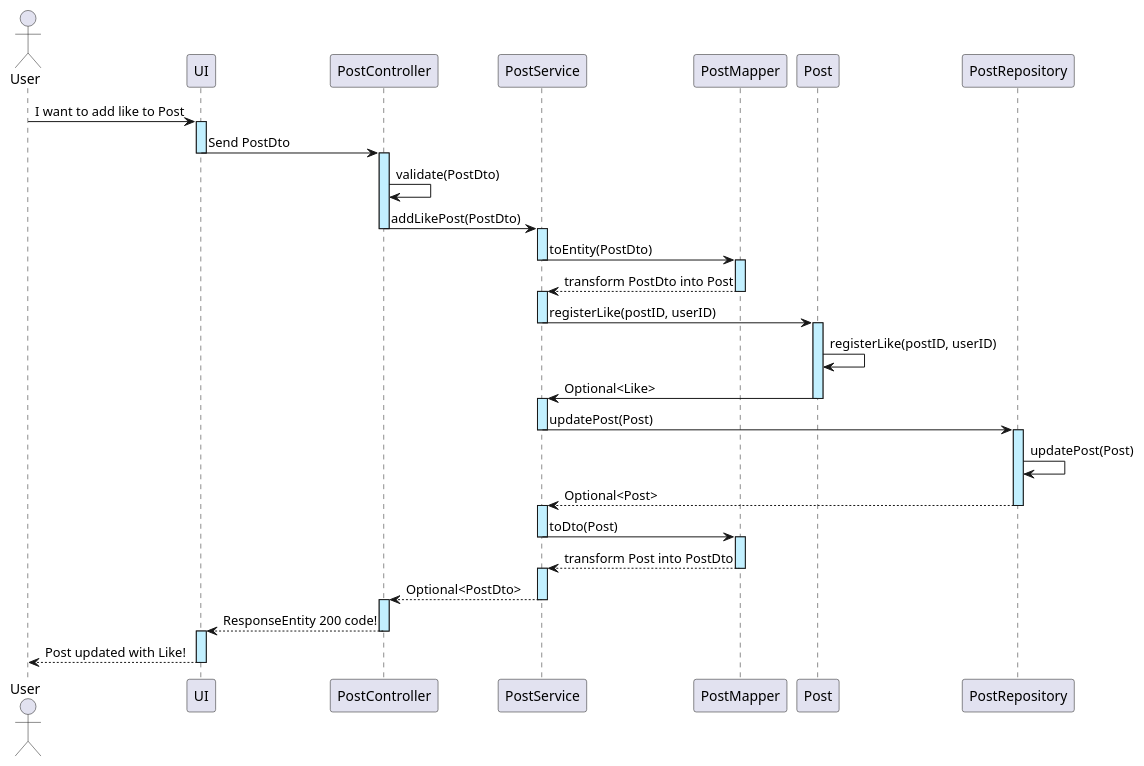
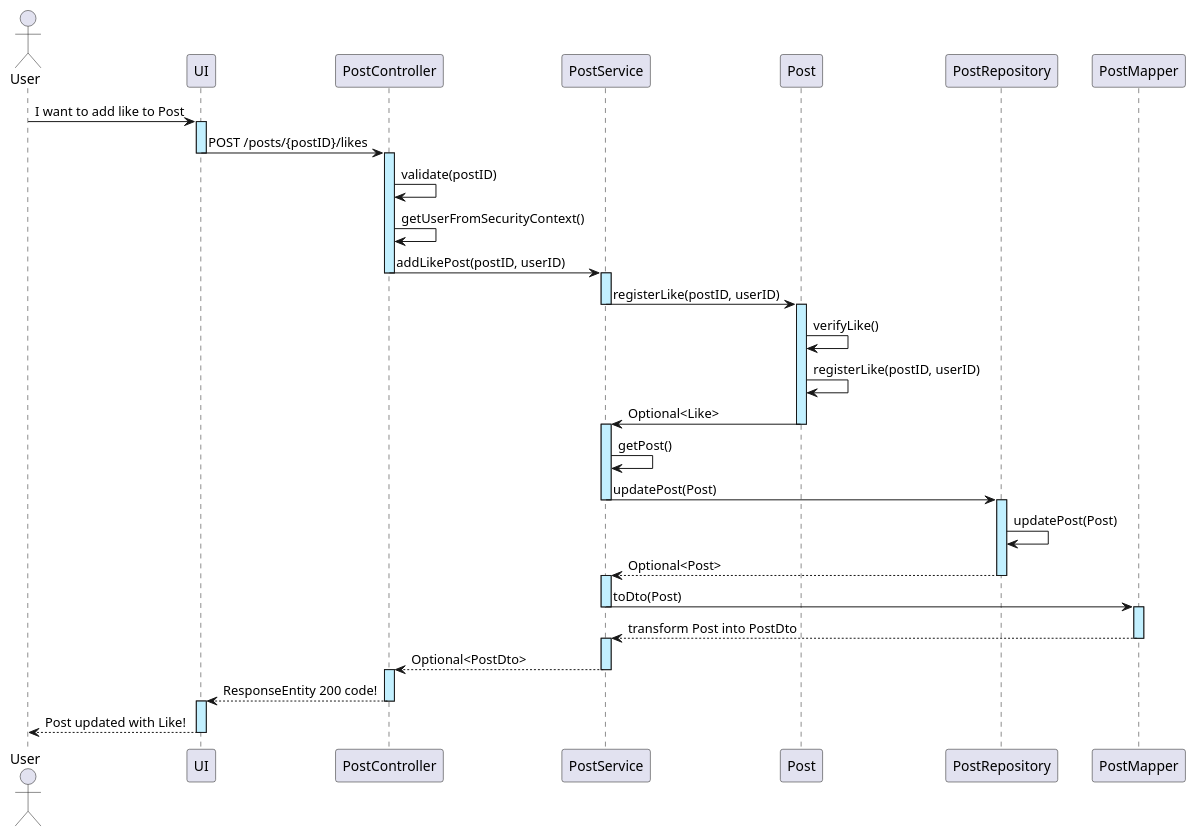
One commit to implaymo/Social-Media-Platform changed the diagram in Diagrams/US02/SD/US_02_addLike_SD.puml. Above: the diagram before and after it, drawn with PlantUML.

Commit message:
Improve addLike sequence diagram.

```diff
--- a/Diagrams/US02/SD/US_02_addLike_SD.puml
+++ b/Diagrams/US02/SD/US_02_addLike_SD.puml
@@ -1,25 +1,26 @@
 @startuml
 
 
 actor User
 
 User -> UI ++ #application: I want to add like to Post
-UI -> PostController --++ #application : Send PostDto
-PostController -> PostController #application: validate(PostDto)
-PostController -> PostService --++ #application: addLikePost(PostDto)
-PostService -> PostMapper --++ #application: toEntity(PostDto)
-PostMapper --> PostService --++ #application: transform PostDto into Post
+UI -> PostController --++ #application :  POST /posts/{postID}/likes
+PostController -> PostController #application: validate(postID)
+PostController -> PostController #application: getUserFromSecurityContext()
+PostController -> PostService --++ #application: addLikePost(postID, userID)
 PostService -> Post --++ #application: registerLike(postID, userID)
+Post -> Post: verifyLike()
 Post -> Post #application: registerLike(postID, userID)
 Post -> PostService --++ #application: Optional<Like>
+PostService -> PostService: getPost()
 PostService -> PostRepository --++ #application: updatePost(Post)
 PostRepository -> PostRepository #application: updatePost(Post)
 PostRepository --> PostService --++ #application: Optional<Post>
 PostService -> PostMapper --++ #application: toDto(Post)
 PostMapper --> PostService --++ #application: transform Post into PostDto
 PostService --> PostController --++ #application: Optional<PostDto>
 PostController --> UI --++ #application: ResponseEntity 200 code!
 UI --> User -- #application: Post updated with Like!
 
 
 @enduml
```
